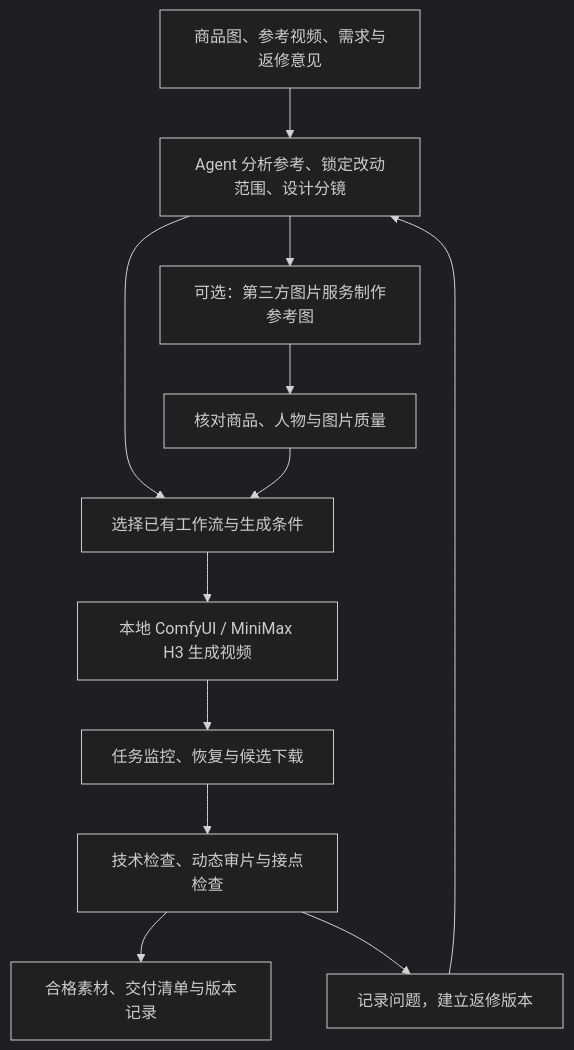
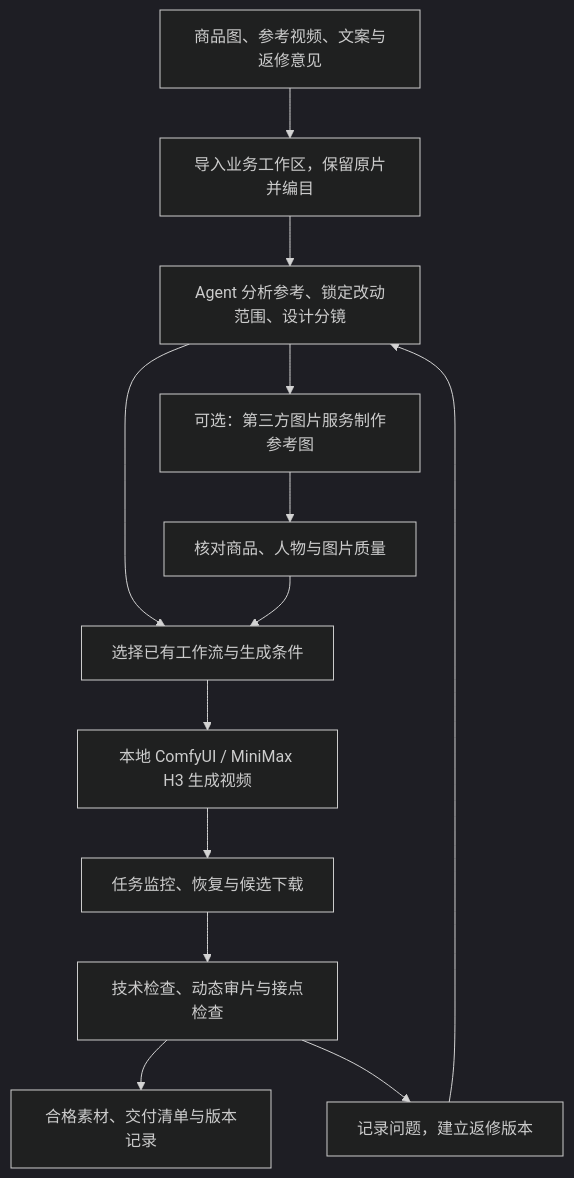
The diagram in README.md (xydzf520/h3-ecommerce-director), drawn with Mermaid (dark theme) before and after one commit. The commit also changed other lines of this file and 4 other files, not shown here.

````diff
--- a/README.md
+++ b/README.md
@@ -62,14 +129,15 @@
 ```mermaid
 flowchart TD
-    A[商品图、参考视频、需求与返修意见] --> B[Agent 分析参考、锁定改动范围、设计分镜]
+    A[商品图、参考视频、文案与返修意见] --> R[导入业务工作区，保留原片并编目]
+    R --> B[Agent 分析参考、锁定改动范围、设计分镜]
     B --> C[选择已有工作流与生成条件]
     B --> D[可选：第三方图片服务制作参考图]
     D --> E[核对商品、人物与图片质量]
     E --> C
     C --> F[本地 ComfyUI / MiniMax H3 生成视频]
     F --> G[任务监控、恢复与候选下载]
     G --> H[技术检查、动态审片与接点检查]
     H --> I[合格素材、交付清单与版本记录]
     H --> J[记录问题，建立返修版本]
     J --> B
 ```
````
